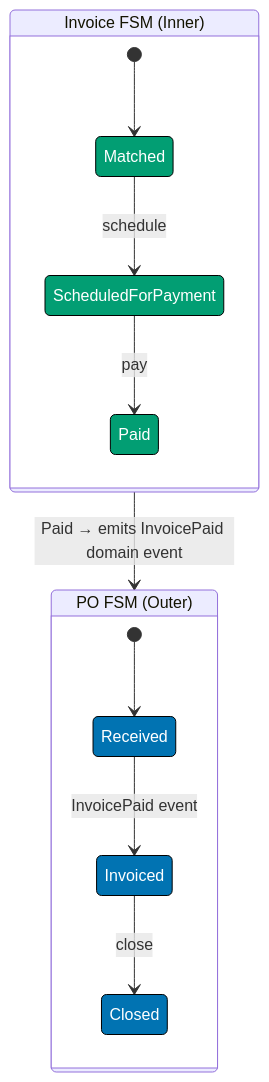
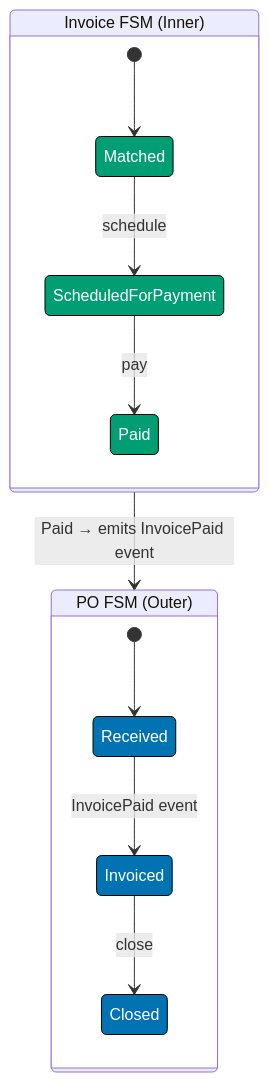
One commit to wahidyankf/baseerah changed the eighth of 9 diagrams in apps/ayokoding-www/content/en/learn/software-engineering/software-architecture/finite-state-machine-fsm/in-oop-by-example/intermediate.md. Above: the diagram before and after it, drawn with Mermaid. The commit also changed 88 other files, not shown here.

First line of the commit message:
fix(ayokoding-www): resolve pre-existing Mermaid violations, exclude fixtures/plans-done

````diff
--- a/apps/ayokoding-www/content/en/learn/software-engineering/software-architecture/finite-state-machine-fsm/in-oop-by-example/intermediate.md
+++ b/apps/ayokoding-www/content/en/learn/software-engineering/software-architecture/finite-state-machine-fsm/in-oop-by-example/intermediate.md
@@ -4148,22 +4148,22 @@
 ```mermaid
 stateDiagram-v2
     state "PO FSM (Outer)" as PO {
         [*] --> Received
         Received --> Invoiced: InvoicePaid event
         Invoiced --> Closed: close
     }
 
     state "Invoice FSM (Inner)" as Inv {
         [*] --> Matched
         Matched --> ScheduledForPayment: schedule
         ScheduledForPayment --> Paid: pay
     }
 
-    Inv --> PO: Paid → emits InvoicePaid domain event
+    Inv --> PO: Paid → emits InvoicePaid event
 
     classDef po fill:#0173B2,stroke:#000,color:#fff
     classDef inv fill:#029E73,stroke:#000,color:#fff
 
     class Received,Invoiced,Closed po
     class Matched,ScheduledForPayment,Paid inv
 ```
````
